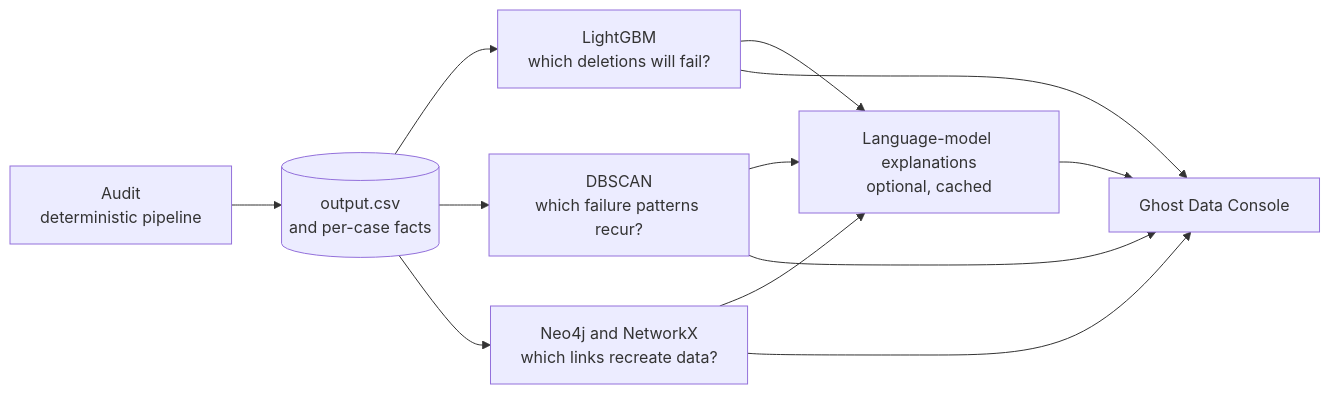
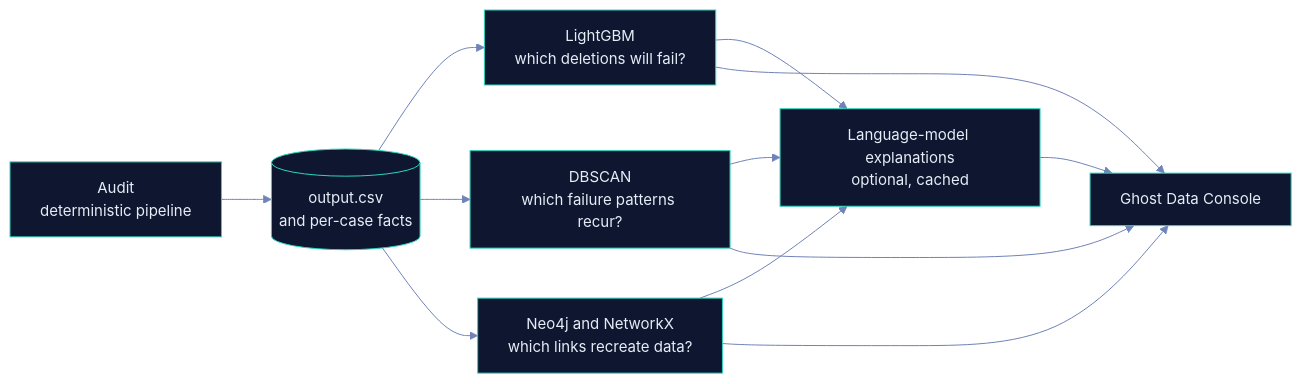
One commit to Ashish-AIML-systems/ghosttrace changed the second of 2 diagrams in README.md. Above: the diagram before and after it, drawn with Mermaid. The commit also changed other lines of this file and 4 other files, not shown here.

First line of the commit message:
docs(readme): professional decision flow, verdict cards, pattern chart

````diff
--- a/README.md
+++ b/README.md
@@ -151,14 +105,15 @@
 ```mermaid
+%%{init: {'theme':'base','themeVariables':{'primaryColor':'#0f1630','primaryTextColor':'#e6edf7','primaryBorderColor':'#2dd4bf','lineColor':'#7083b8','fontSize':'15px'}}}%%
 flowchart LR
     A["Audit<br/>deterministic pipeline"] --> O[("output.csv<br/>and per-case facts")]
     O --> P["LightGBM<br/>which deletions will fail?"]
     O --> D["DBSCAN<br/>which failure patterns recur?"]
     O --> G["Neo4j and NetworkX<br/>which links recreate data?"]
     P --> E["Language-model explanations<br/>optional, cached"]
     D --> E
     G --> E
     P --> C["Ghost Data Console"]
     D --> C
     G --> C
     E --> C
 ```
````
